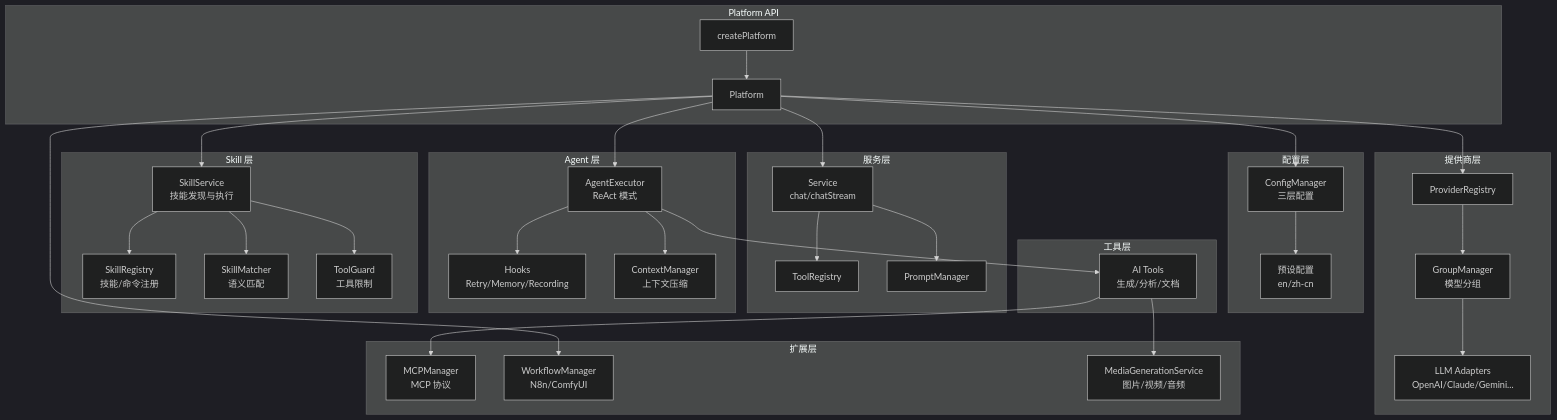
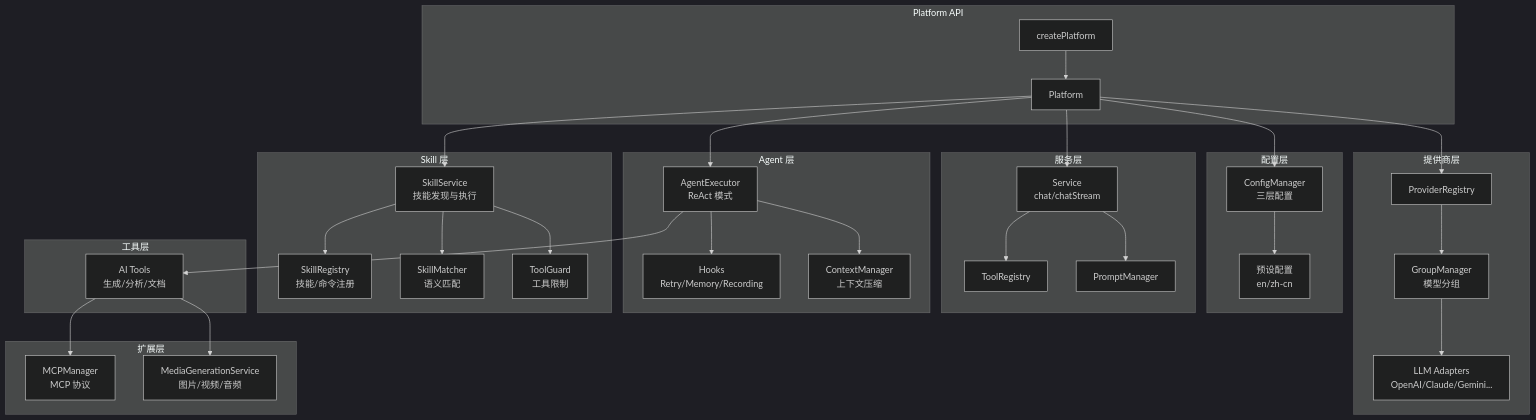
Before and after one commit to OpenNekoPaw/neko-suite: the diagram in packages/neko-agent/packages/platform/README.md, drawn with Mermaid (dark theme). The commit also changed other lines of this file and 40 other files, not shown here.

````diff
--- a/packages/neko-agent/packages/platform/README.md
+++ b/packages/neko-agent/packages/platform/README.md
@@ -7,68 +7,66 @@
 ```mermaid
 graph TB
     subgraph "Platform API"
         CreatePlatform[createPlatform]
         Platform[Platform]
     end
 
     subgraph "配置层"
         Config[ConfigManager<br/>三层配置]
         Presets[预设配置<br/>en/zh-cn]
     end
 
     subgraph "提供商层"
         ProviderRegistry[ProviderRegistry]
         GroupManager[GroupManager<br/>模型分组]
         Adapters[LLM Adapters<br/>OpenAI/Claude/Gemini...]
     end
 
     subgraph "服务层"
         Service[Service<br/>chat/chatStream]
         ToolRegistry[ToolRegistry]
         PromptManager[PromptManager]
     end
 
     subgraph "Agent 层"
         AgentExecutor[AgentExecutor<br/>ReAct 模式]
         Hooks[Hooks<br/>Retry/Memory/Recording]
         Memory[ContextManager<br/>上下文压缩]
     end
 
     subgraph "Skill 层"
         SkillService[SkillService<br/>技能发现与执行]
         SkillRegistry[SkillRegistry<br/>技能/命令注册]
         SkillMatcher[SkillMatcher<br/>语义匹配]
         ToolGuard[ToolGuard<br/>工具限制]
     end
 
     subgraph "扩展层"
         MCP[MCPManager<br/>MCP 协议]
-        Workflow[WorkflowManager<br/>N8n/ComfyUI]
         Media[MediaGenerationService<br/>图片/视频/音频]
     end
 
     subgraph "工具层"
         Tools[AI Tools<br/>生成/分析/文档]
     end
 
     CreatePlatform --> Platform
     Platform --> Config
     Config --> Presets
     Platform --> ProviderRegistry
     ProviderRegistry --> GroupManager
     GroupManager --> Adapters
     Platform --> Service
     Service --> ToolRegistry
     Service --> PromptManager
     Platform --> AgentExecutor
     AgentExecutor --> Hooks
     AgentExecutor --> Memory
     AgentExecutor --> Tools
     Platform --> SkillService
     SkillService --> SkillRegistry
     SkillService --> SkillMatcher
     SkillService --> ToolGuard
     Tools --> MCP
     Tools --> Media
-    Platform --> Workflow
 ```
````
